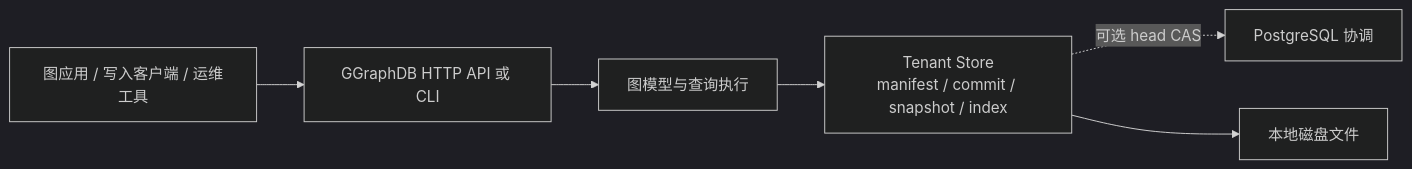
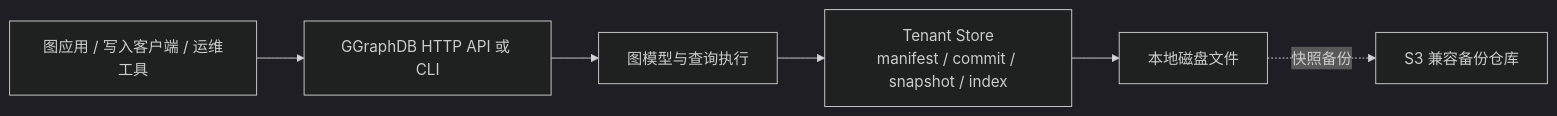
The diagram in docs/database-introduction.zh-CN.md (SamuelSupe/graphdb), drawn with Mermaid (dark theme) before and after one commit. The commit also changed other lines of this file and 443 other files, not shown here.

Commit message:
feat: prepare local-disk GraphDB 2.0 with sharded graph updates

````diff
--- a/docs/database-introduction.zh-CN.md
+++ b/docs/database-introduction.zh-CN.md
@@ -76,8 +71,8 @@
 ```mermaid
 flowchart LR
   Client["图应用 / 写入客户端 / 运维工具"] --> API["GGraphDB HTTP API 或 CLI"]
   API --> Graph["图模型与查询执行"]
   Graph --> Store["Tenant Store\nmanifest / commit / snapshot / index"]
-  Store -. 可选 head CAS .-> PG["PostgreSQL 协调"]
   Store --> Object["本地磁盘文件"]
+  Object -. 快照备份 .-> S3["S3 兼容备份仓库"]
 ```
````
